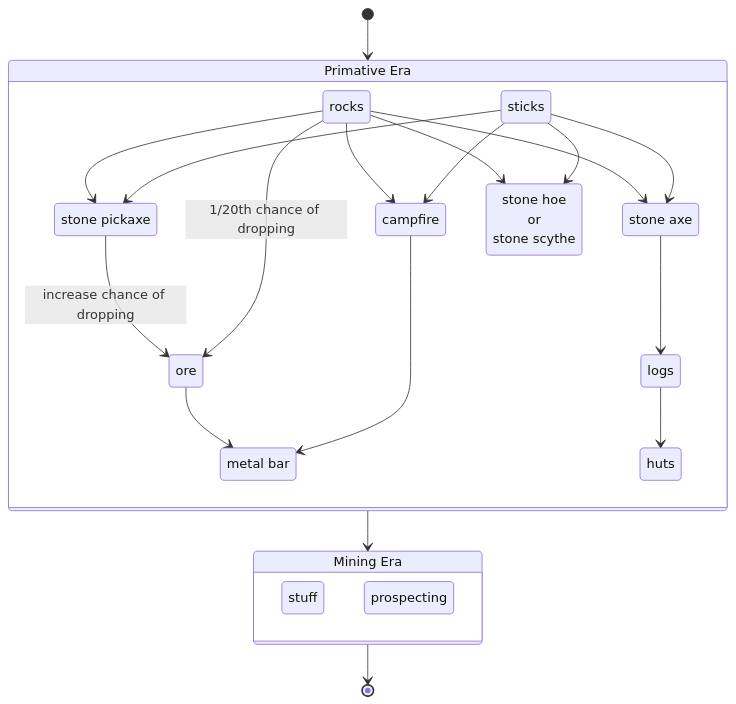
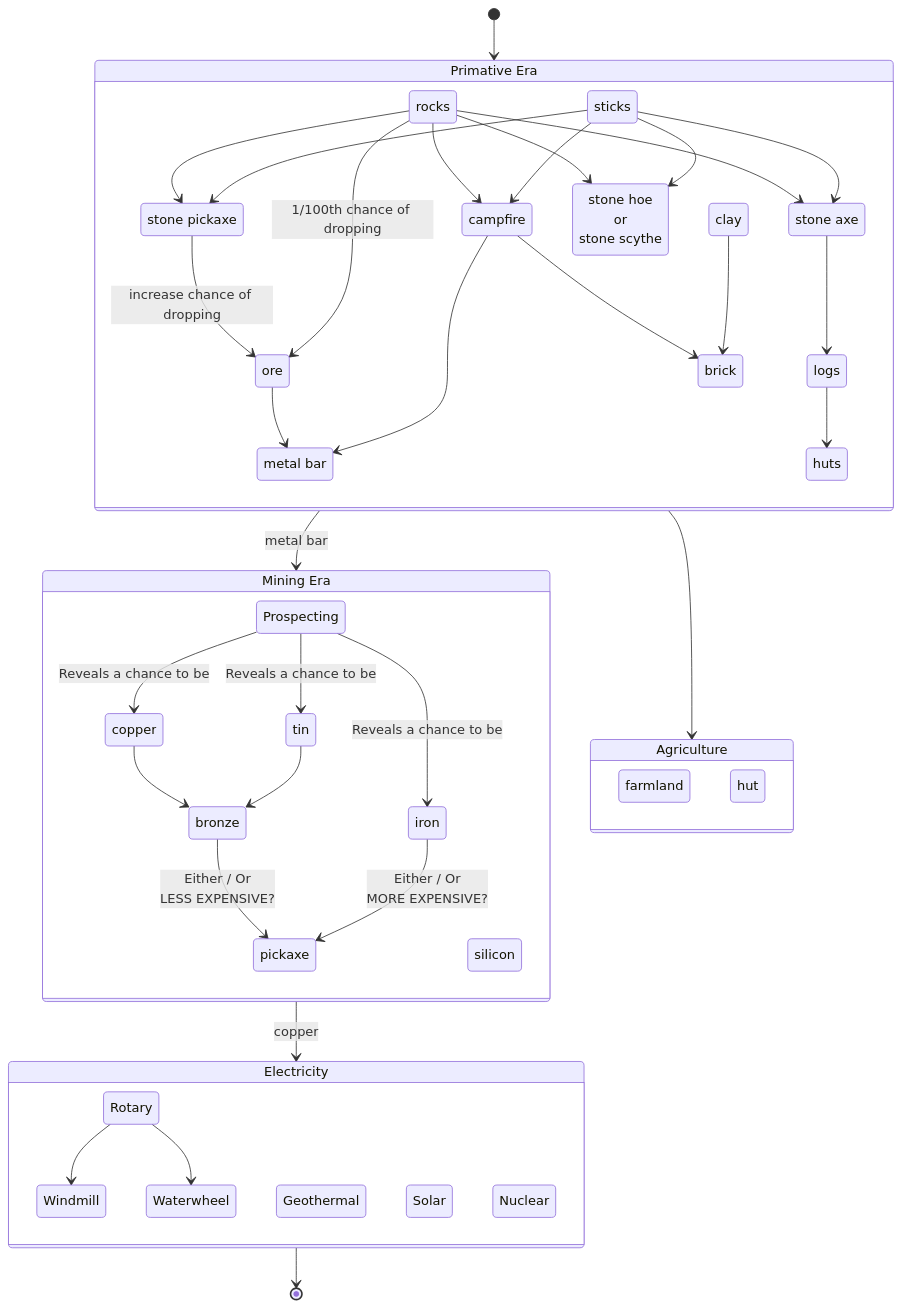
The second of 3 diagrams in plans/FLOWCHART.md (ethan-w-foshee/TerraStella), drawn with Mermaid before and after one commit.

Commit message:
Stage 2 flush out a bit more

````diff
--- a/plans/FLOWCHART.md
+++ b/plans/FLOWCHART.md
@@ -65,22 +65,29 @@
 stateDiagram-v2
 
  1  : Primative Era
+ 1.AGRI : Agriculture
  2  : Mining Era
+ 3  : Electricity
 
  state 1 {
     1.1a : sticks
     1.1b : rocks
+    1.1c : clay
+
     1.2a : ore
     1.2b : campfire
-    1.4a : metal bar
-    1.4b : huts
     1.2d : stone axe
-    1.3a : logs
     1.2e : stone pickaxe
     1.2f : stone hoe<br> or <br> stone scythe
 
+    1.3a : logs
+    1.3b : brick
+
+    1.4a : metal bar
+    1.4b : huts
+
     %% Main storyline
-    1.1b --> 1.2a : 1/20th chance of dropping
+    1.1b --> 1.2a : 1/100th chance of dropping
     1.2b --> 1.4a
     1.2a --> 1.4a
 
@@ -98,15 +105,56 @@
     1.2d --> 1.3a
     1.3a --> 1.4b
     1.2e --> 1.2a : increase chance of dropping
+
+    1.1c --> 1.3b
+    1.2b --> 1.3b
+ }
+
+  state 1.AGRI {
+    AGRI.1a : farmland
+    AGRI.1b : hut
  }
 
  state 2 {
-    2.1a : stuff
-    2.1b : prospecting
+    2.1.0 : Prospecting
+
+    2.1a : copper
+    2.1b : tin
+    2.1c : silicon
+    2.1d : iron
+
+    2.2a : bronze
+
+    2.3a : pickaxe
+
+    %% What prospecting could turn our ores into
+    2.1.0 --> 2.1a : Reveals a chance to be
+    2.1.0 --> 2.1b : Reveals a chance to be
+    2.1.0 --> 2.1d : Reveals a chance to be
+
+    2.1a --> 2.2a
+    2.1b --> 2.2a
+
+    2.2a --> 2.3a : Either / Or <br> LESS EXPENSIVE?
+    2.1d --> 2.3a : Either / Or <br> MORE EXPENSIVE?
 
  }
 
+ state 3 {
+  3.1.0 : Rotary
+  3.1a : Windmill
+  3.1b : Waterwheel
+  3.1c : Geothermal
+  3.1d : Solar
+  3.1e : Nuclear
+
+  3.1.0 --> 3.1a
+  3.1.0 --> 3.1b
+ }
+
  [*] --> 1
- 1 --> 2
- 2 --> [*]
+ 1 --> 1.AGRI
+ 1 --> 2 : metal bar
+ 2 --> 3 : copper
+ 3 --> [*]
 ```
````
